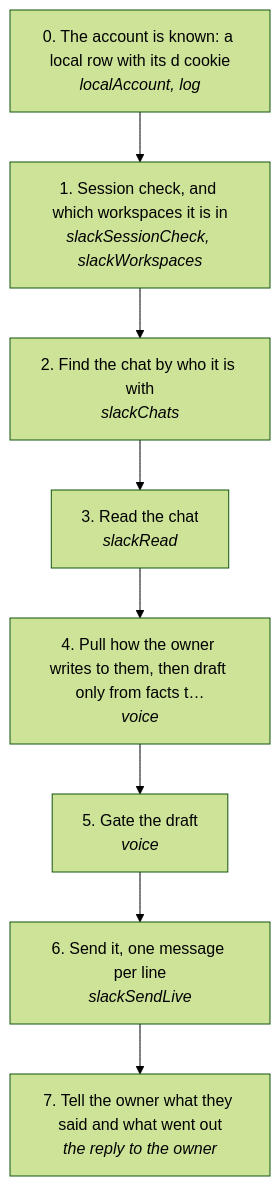
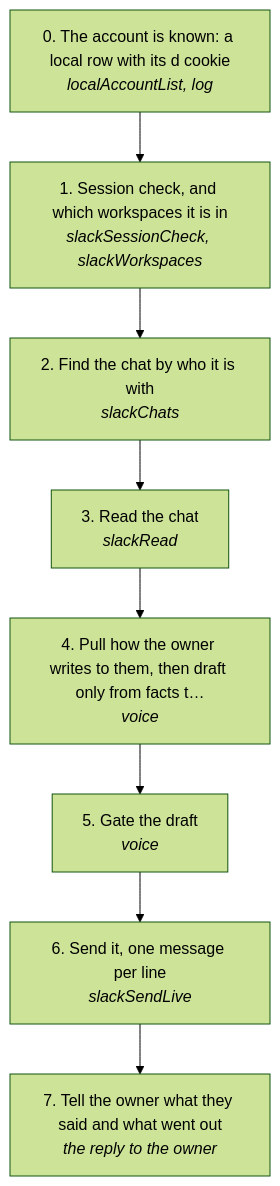
Before and after one commit to matthewdonsemail-lab/log: the diagram in docs/useCases/slack/dmReply.md, drawn with Mermaid (forest theme). The commit also changed other lines of this file and 121 other files, not shown here.

````diff
--- a/docs/useCases/slack/dmReply.md
+++ b/docs/useCases/slack/dmReply.md
@@ -14,18 +14,18 @@
 ```mermaid
 flowchart TD
-  s0["0. The account is known: a local row with its d cookie<br/><i>localAccount, log</i>"]
+  s0["0. The account is known: a local row with its d cookie<br/><i>localAccountList, log</i>"]
   s1["1. Session check, and which workspaces it is in<br/><i>slackSessionCheck, slackWorkspaces</i>"]
   s2["2. Find the chat by who it is with<br/><i>slackChats</i>"]
   s3["3. Read the chat<br/><i>slackRead</i>"]
   s4["4. Pull how the owner writes to them, then draft only from facts t…<br/><i>voice</i>"]
   s5["5. Gate the draft<br/><i>voice</i>"]
   s6["6. Send it, one message per line<br/><i>slackSendLive</i>"]
   s7["7. Tell the owner what they said and what went out<br/><i>the reply to the owner</i>"]
   s0 --> s1
   s1 --> s2
   s2 --> s3
   s3 --> s4
   s4 --> s5
   s5 --> s6
   s6 --> s7
 ```
````
